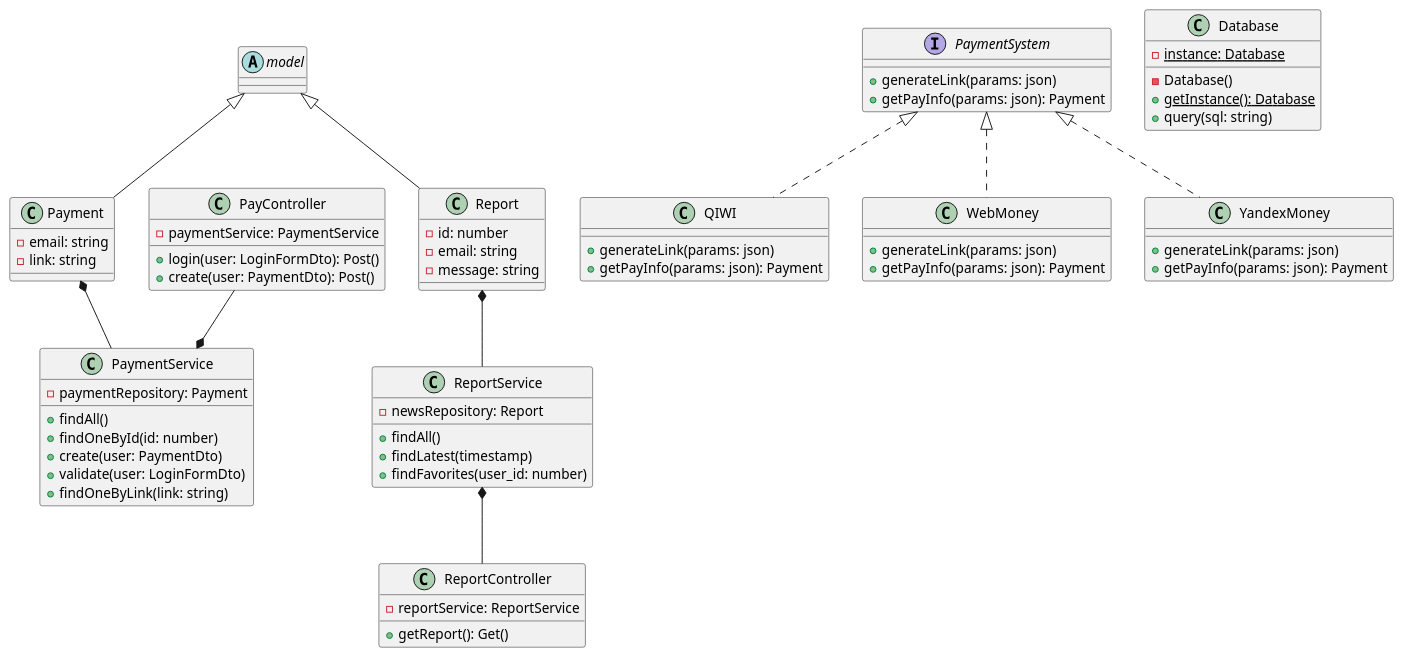
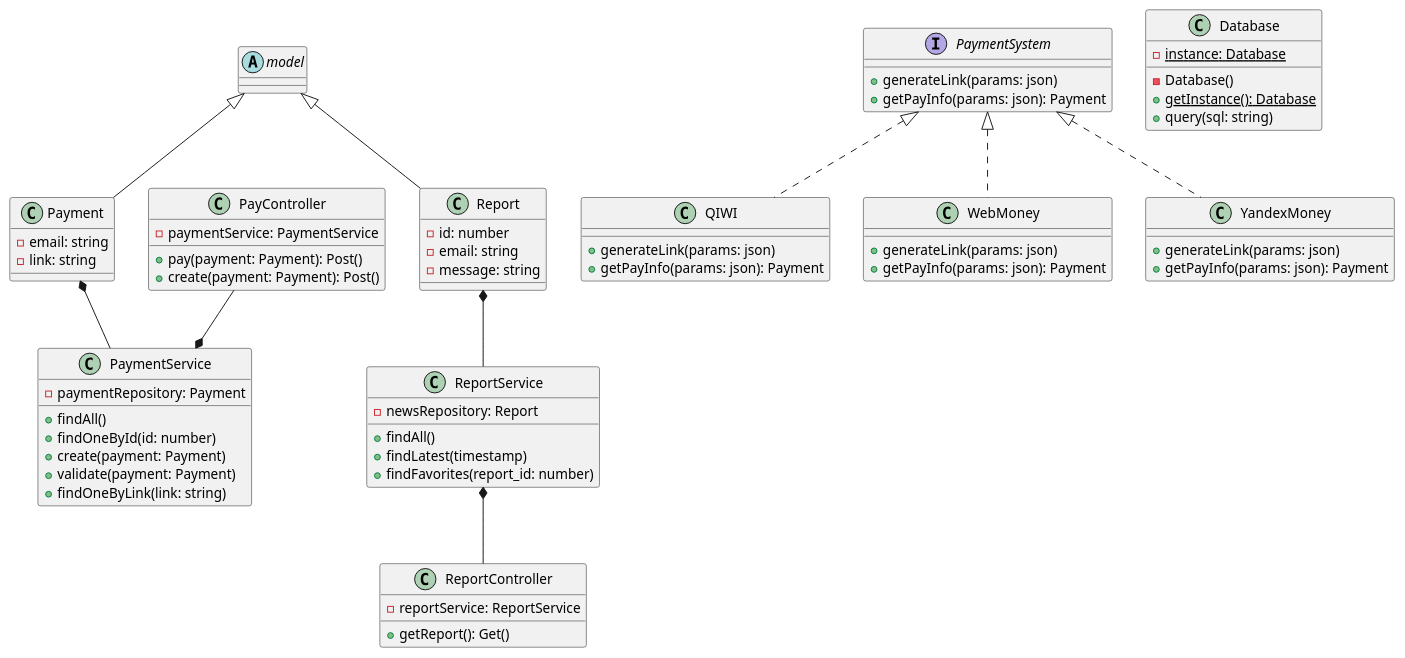
One commit to Belapko-Aleksey/PAS changed the diagram in docs/UML/ClassDiagramBack.puml. Above: the diagram before and after it, drawn with PlantUML.

Commit message:
ClassDiagramBack.puml bug fix.

```diff
--- a/docs/UML/ClassDiagramBack.puml
+++ b/docs/UML/ClassDiagramBack.puml
@@ -2,83 +2,83 @@
 @startuml ClassDiagram
 
 abstract class model
 class Payment {
   -email: string
   -link: string
 }
 class Report{
   -id: number
   -email: string
   -message: string
 }
 
 model <|-- Report
 model <|-- Payment
 
 PaymentSystem <|.. QIWI
 PaymentSystem <|.. WebMoney
 PaymentSystem <|.. YandexMoney
 
 class ReportService{
   -newsRepository: Report
   +findAll()
   +findLatest(timestamp)
-  +findFavorites(user_id: number)
+  +findFavorites(report_id: number)
 }
 
 Report *-- ReportService
 
 class PaymentService{
   -paymentRepository: Payment
   +findAll()
   +findOneById(id: number)
-  +create(user: PaymentDto)
-  +validate(user: LoginFormDto)
+  +create(payment: Payment)
+  +validate(payment: Payment)
   +findOneByLink(link: string)
 }
 
 Payment *-- PaymentService
 
 class ReportController{
   -reportService: ReportService
   +getReport(): Get()
 }
 
 ReportService *-- ReportController
 
 class PayController{
   -paymentService: PaymentService
-  +login(user: LoginFormDto): Post()
-  +create(user: PaymentDto): Post()
+  +pay(payment: Payment): Post()
+  +create(payment: Payment): Post()
 }
 
 PayController -down-* PaymentService
 
 class Database{
   -{static} instance: Database
   -Database()
   +{static} getInstance(): Database
   + query(sql: string)
 }
 
 interface PaymentSystem{
     +generateLink(params: json)
     +getPayInfo(params: json): Payment
 }
 
 class QIWI{
     +generateLink(params: json)
     +getPayInfo(params: json): Payment
 }
 
 class WebMoney{
     +generateLink(params: json)
     +getPayInfo(params: json): Payment
 }
 
 class YandexMoney{
     +generateLink(params: json)
     +getPayInfo(params: json): Payment
 }
 
 @enduml
```
